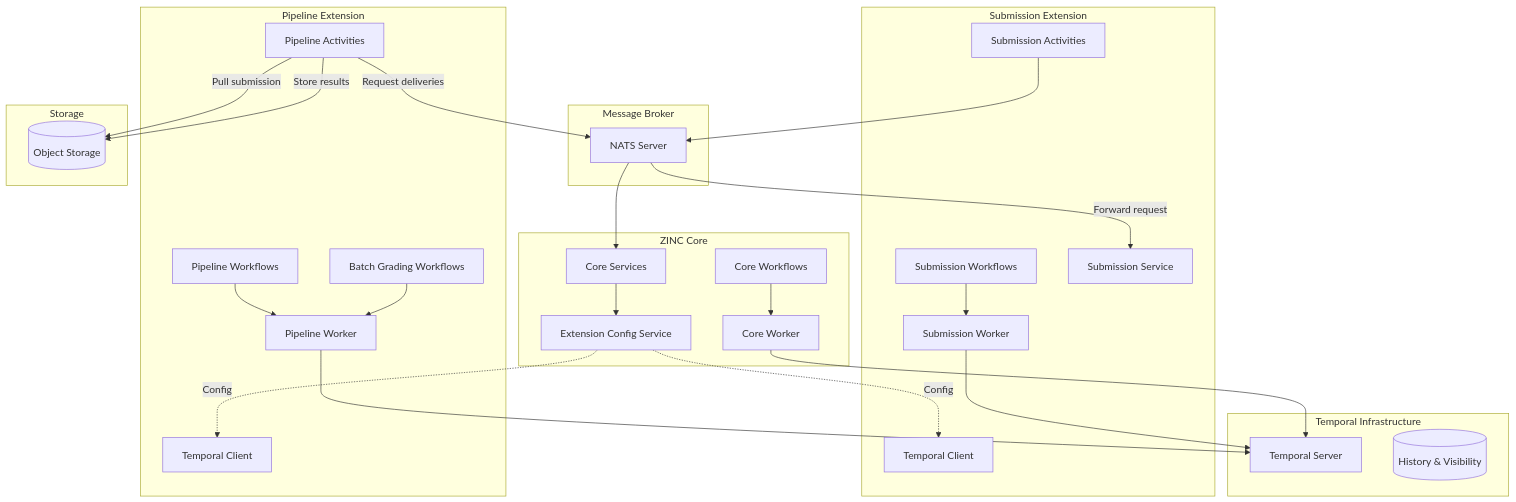
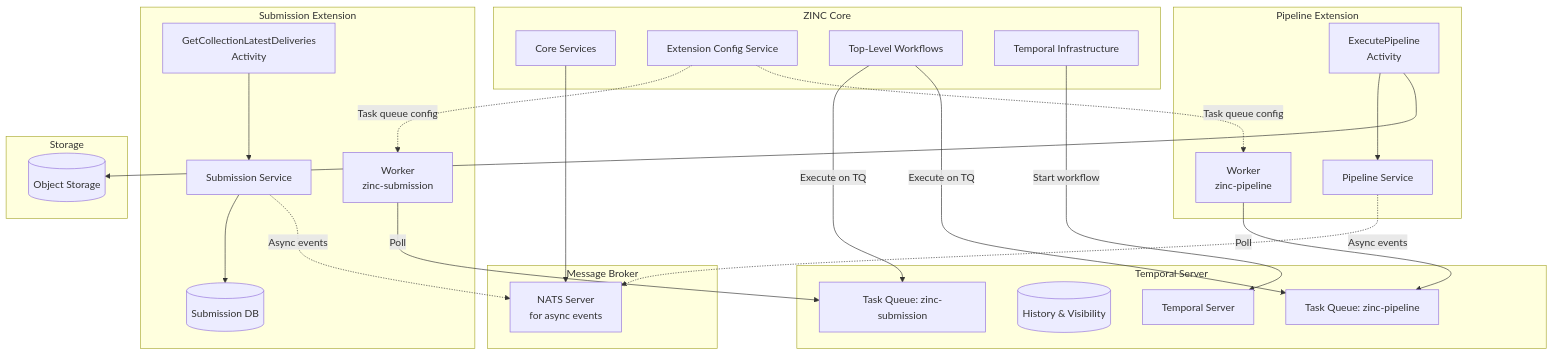
Before and after one commit to zinc-sig/affairs: the first of 2 diagrams in rfd/0010/README.md, drawn with Mermaid. The commit also changed other lines of this file, not shown here.

First line of the commit message:
rfd/0010: Restructure to cross-task-queue architecture

````diff
--- a/rfd/0010/README.md
+++ b/rfd/0010/README.md
@@ -96,58 +109,61 @@
 ```mermaid
 graph TB
     subgraph "ZINC Core"
         Core[Core Services]
         ExtConfig[Extension Config Service]
-        CoreWorker[Core Worker]
-        CoreWF[Core Workflows]
+        TopWF[Top-Level Workflows]
+        TempInfra[Temporal Infrastructure]
     end
 
-    subgraph "Temporal Infrastructure"
+    subgraph "Temporal Server"
         TemporalServer[Temporal Server]
         TemporalDB[(History & Visibility)]
+        TQSub[Task Queue: zinc-submission]
+        TQPipe[Task Queue: zinc-pipeline]
     end
 
     subgraph "Submission Extension"
-        SubClient[Temporal Client]
-        SubWorker[Submission Worker]
-        SubWF[Submission Workflows]
-        SubAct[Submission Activities]
+        SubWorker[Worker<br/>zinc-submission]
+        SubAct[GetCollectionLatestDeliveries<br/>Activity]
         SubSvc[Submission Service]
+        SubDB[(Submission DB)]
     end
 
     subgraph "Pipeline Extension"
-        PipeClient[Temporal Client]
-        PipeWorker[Pipeline Worker]
-        PipeWF[Pipeline Workflows]
-        BatchWF[Batch Grading Workflows]
-        PipeAct[Pipeline Activities]
-    end
-
-    subgraph "Message Broker"
-        NATS[NATS Server]
+        PipeWorker[Worker<br/>zinc-pipeline]
+        PipeAct[ExecutePipeline<br/>Activity]
+        PipeSvc[Pipeline Service]
     end
 
     subgraph "Storage"
         ObjectStore[(Object Storage)]
     end
 
-    Core --> ExtConfig
-    ExtConfig -.->|Config| SubClient
-    ExtConfig -.->|Config| PipeClient
+    subgraph "Message Broker"
+        NATS[NATS Server<br/>for async events]
+    end
 
-    CoreWorker --> TemporalServer
-    SubWorker --> TemporalServer
-    PipeWorker --> TemporalServer
+    %% Configuration flow
+    ExtConfig -.->|Task queue config| SubWorker
+    ExtConfig -.->|Task queue config| PipeWorker
 
-    CoreWF --> CoreWorker
-    SubWF --> SubWorker
-    PipeWF --> PipeWorker
-    BatchWF --> PipeWorker
+    %% Worker registration
+    SubWorker -->|Poll| TQSub
+    PipeWorker -->|Poll| TQPipe
+    TempInfra -->|Start workflow| TemporalServer
 
-    PipeAct -->|Request deliveries| NATS
-    NATS -->|Forward request| SubSvc
-    PipeAct -->|Pull submission| ObjectStore
-    PipeAct -->|Store results| ObjectStore
-    SubAct --> NATS
-    NATS --> Core
+    %% Workflow execution across task queues
+    TopWF -->|Execute on TQ| TQSub
+    TopWF -->|Execute on TQ| TQPipe
+
+    %% Activity dependencies
+    SubAct --> SubSvc
+    SubSvc --> SubDB
+    PipeAct --> PipeSvc
+    PipeAct --> ObjectStore
+
+    %% Async events still use NATS
+    Core --> NATS
+    SubSvc -.->|Async events| NATS
+    PipeSvc -.->|Async events| NATS
 ```
````
